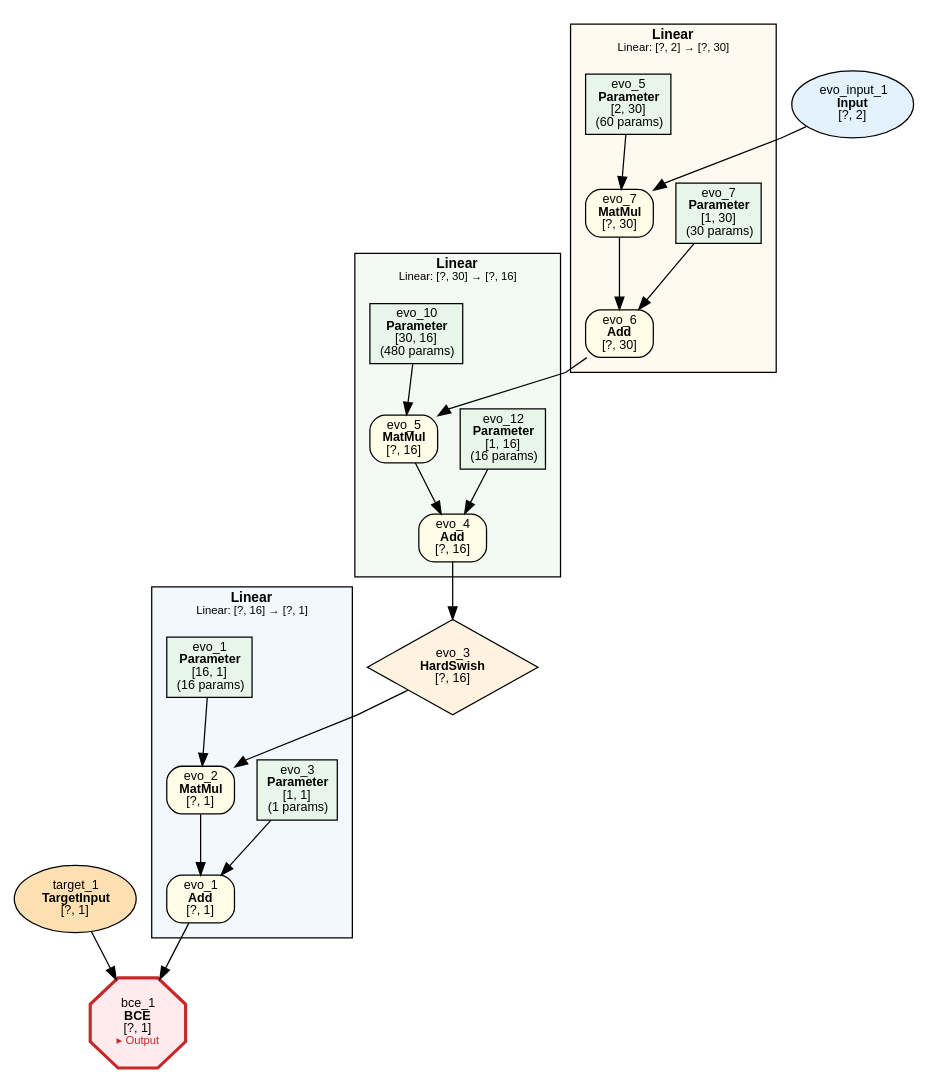
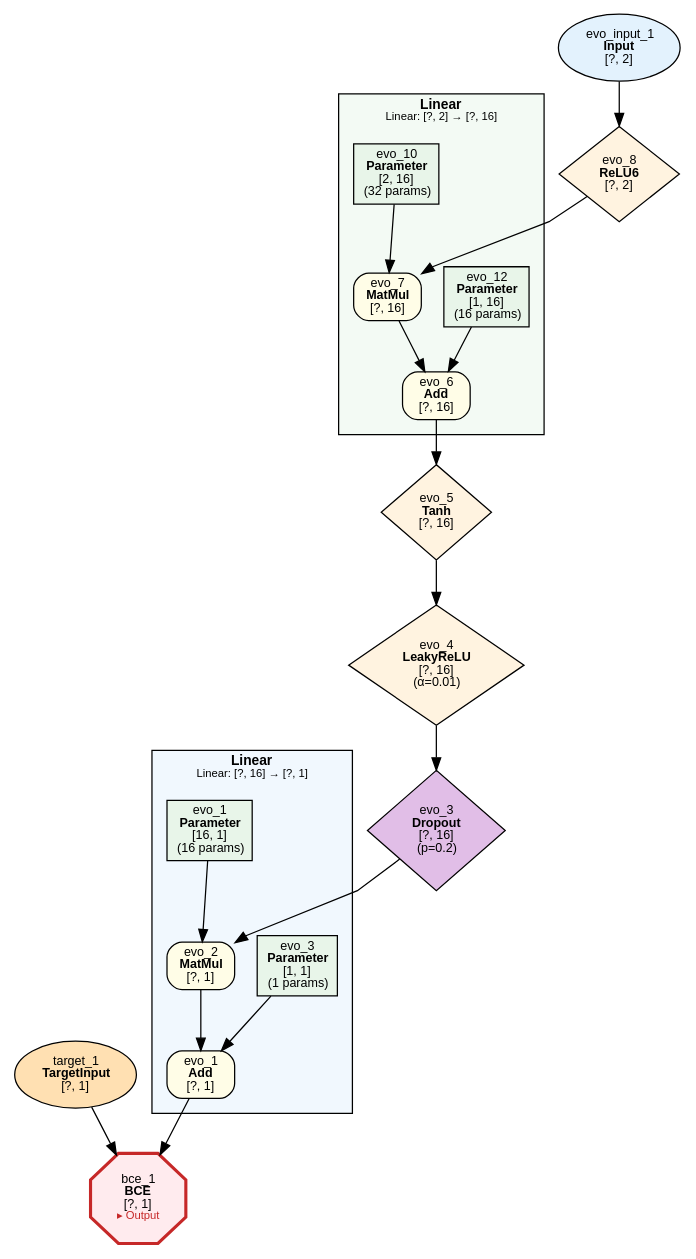
The diagram in examples/evolution/xor/evolution_xor.dot (dbsxdbsx/only_torch), drawn with Graphviz before and after one commit. The commit also changed 25 other files, not shown here.

```diff
--- a/examples/evolution/xor/evolution_xor.dot
+++ b/examples/evolution/xor/evolution_xor.dot
@@ -1,67 +1,56 @@
 digraph ComputeGraph {
     rankdir=TB;
     newrank=true;
     splines=polyline;
     node [fontname="Microsoft YaHei,SimHei,Arial"];
     edge [fontname="Microsoft YaHei,SimHei,Arial"];
 
     subgraph cluster_group_linear_0 {
         label=<<B>Linear</B><BR/><FONT POINT-SIZE="9">Linear: [?, 16] → [?, 1]</FONT>>;
         style=filled;
         fillcolor="#E3F2FD80";
         fontname="Microsoft YaHei,SimHei,Arial";
         fontsize=11;
         margin=12;
             "2" [label=<evo_1<BR/><B>Add</B><BR/>[?, 1]> shape=box style="filled,rounded" fillcolor="#FFFDE7" fontsize=10];
             "4" [label=<evo_2<BR/><B>MatMul</B><BR/>[?, 1]> shape=box style="filled,rounded" fillcolor="#FFFDE7" fontsize=10];
             "5" [label=<evo_3<BR/><B>Parameter</B><BR/>[1, 1]<BR/>(1 params)> shape=box style=filled fillcolor="#E8F5E9" fontsize=10];
             "7" [label=<evo_1<BR/><B>Parameter</B><BR/>[16, 1]<BR/>(16 params)> shape=box style=filled fillcolor="#E8F5E9" fontsize=10];
     }
 
-    subgraph cluster_group_linear_2 {
-        label=<<B>Linear</B><BR/><FONT POINT-SIZE="9">Linear: [?, 30] → [?, 16]</FONT>>;
+    subgraph cluster_group_linear_1 {
+        label=<<B>Linear</B><BR/><FONT POINT-SIZE="9">Linear: [?, 2] → [?, 16]</FONT>>;
         style=filled;
         fillcolor="#E8F5E980";
         fontname="Microsoft YaHei,SimHei,Arial";
         fontsize=11;
         margin=12;
-            "8" [label=<evo_4<BR/><B>Add</B><BR/>[?, 16]> shape=box style="filled,rounded" fillcolor="#FFFDE7" fontsize=10];
-            "9" [label=<evo_5<BR/><B>MatMul</B><BR/>[?, 16]> shape=box style="filled,rounded" fillcolor="#FFFDE7" fontsize=10];
-            "10" [label=<evo_12<BR/><B>Parameter</B><BR/>[1, 16]<BR/>(16 params)> shape=box style=filled fillcolor="#E8F5E9" fontsize=10];
-            "12" [label=<evo_10<BR/><B>Parameter</B><BR/>[30, 16]<BR/>(480 params)> shape=box style=filled fillcolor="#E8F5E9" fontsize=10];
-    }
-
-    subgraph cluster_group_linear_1 {
-        label=<<B>Linear</B><BR/><FONT POINT-SIZE="9">Linear: [?, 2] → [?, 30]</FONT>>;
-        style=filled;
-        fillcolor="#FFF3E080";
-        fontname="Microsoft YaHei,SimHei,Arial";
-        fontsize=11;
-        margin=12;
-            "11" [label=<evo_6<BR/><B>Add</B><BR/>[?, 30]> shape=box style="filled,rounded" fillcolor="#FFFDE7" fontsize=10];
-            "13" [label=<evo_7<BR/><B>MatMul</B><BR/>[?, 30]> shape=box style="filled,rounded" fillcolor="#FFFDE7" fontsize=10];
-            "14" [label=<evo_7<BR/><B>Parameter</B><BR/>[1, 30]<BR/>(30 params)> shape=box style=filled fillcolor="#E8F5E9" fontsize=10];
-            "16" [label=<evo_5<BR/><B>Parameter</B><BR/>[2, 30]<BR/>(60 params)> shape=box style=filled fillcolor="#E8F5E9" fontsize=10];
+            "10" [label=<evo_6<BR/><B>Add</B><BR/>[?, 16]> shape=box style="filled,rounded" fillcolor="#FFFDE7" fontsize=10];
+            "11" [label=<evo_7<BR/><B>MatMul</B><BR/>[?, 16]> shape=box style="filled,rounded" fillcolor="#FFFDE7" fontsize=10];
+            "12" [label=<evo_12<BR/><B>Parameter</B><BR/>[1, 16]<BR/>(16 params)> shape=box style=filled fillcolor="#E8F5E9" fontsize=10];
+            "14" [label=<evo_10<BR/><B>Parameter</B><BR/>[2, 16]<BR/>(32 params)> shape=box style=filled fillcolor="#E8F5E9" fontsize=10];
     }
 
     "1" [label=<bce_1<BR/><B>BCE</B><BR/>[?, 1]<BR/><FONT COLOR="#C62828" POINT-SIZE="9">▸ Output</FONT>> shape=octagon style=filled fillcolor="#FFEBEE" fontsize=10 penwidth=2.5 color="#C62828"];
     "3" [label=<target_1<BR/><B>TargetInput</B><BR/>[?, 1]> shape=ellipse style=filled fillcolor="#FFE0B2" fontsize=10];
-    "6" [label=<evo_3<BR/><B>HardSwish</B><BR/>[?, 16]> shape=diamond style=filled fillcolor="#FFF3E0" fontsize=10];
+    "6" [label=<evo_3<BR/><B>Dropout</B><BR/>[?, 16]<BR/>(p=0.2)> shape=diamond style=filled fillcolor="#E1BEE7" fontsize=10];
+    "8" [label=<evo_4<BR/><B>LeakyReLU</B><BR/>[?, 16]<BR/>(α=0.01)> shape=diamond style=filled fillcolor="#FFF3E0" fontsize=10];
+    "9" [label=<evo_5<BR/><B>Tanh</B><BR/>[?, 16]> shape=diamond style=filled fillcolor="#FFF3E0" fontsize=10];
+    "13" [label=<evo_8<BR/><B>ReLU6</B><BR/>[?, 2]> shape=diamond style=filled fillcolor="#FFF3E0" fontsize=10];
     "15" [label=<evo_input_1<BR/><B>Input</B><BR/>[?, 2]> shape=ellipse style=filled fillcolor="#E3F2FD" fontsize=10];
 
     "2" -> "1";
     "3" -> "1";
     "4" -> "2";
     "5" -> "2";
     "6" -> "4";
     "7" -> "4";
     "8" -> "6";
     "9" -> "8";
-    "10" -> "8";
-    "11" -> "9";
-    "12" -> "9";
+    "10" -> "9";
+    "11" -> "10";
+    "12" -> "10";
     "13" -> "11";
     "14" -> "11";
     "15" -> "13";
-    "16" -> "13";
 }
```
